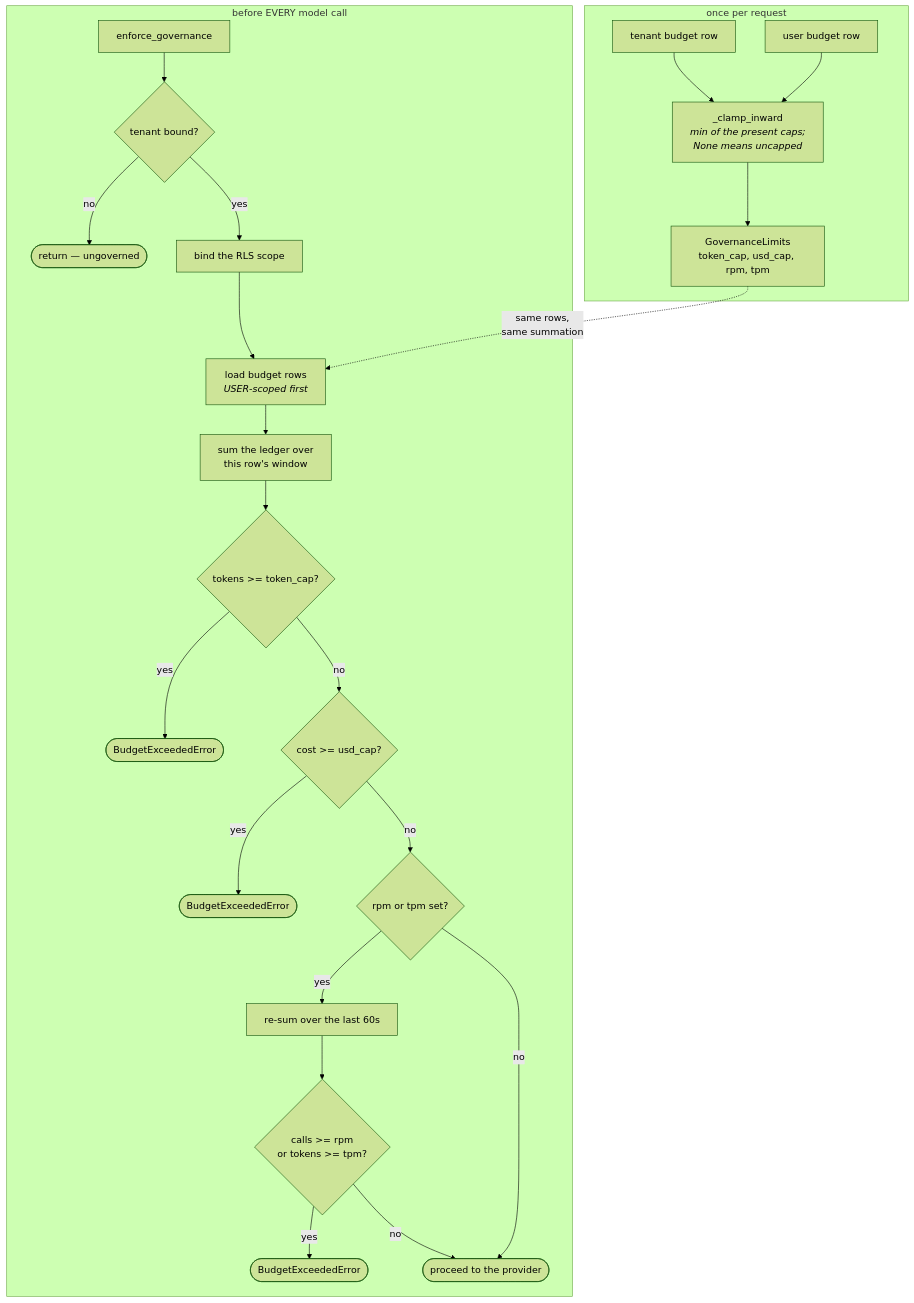
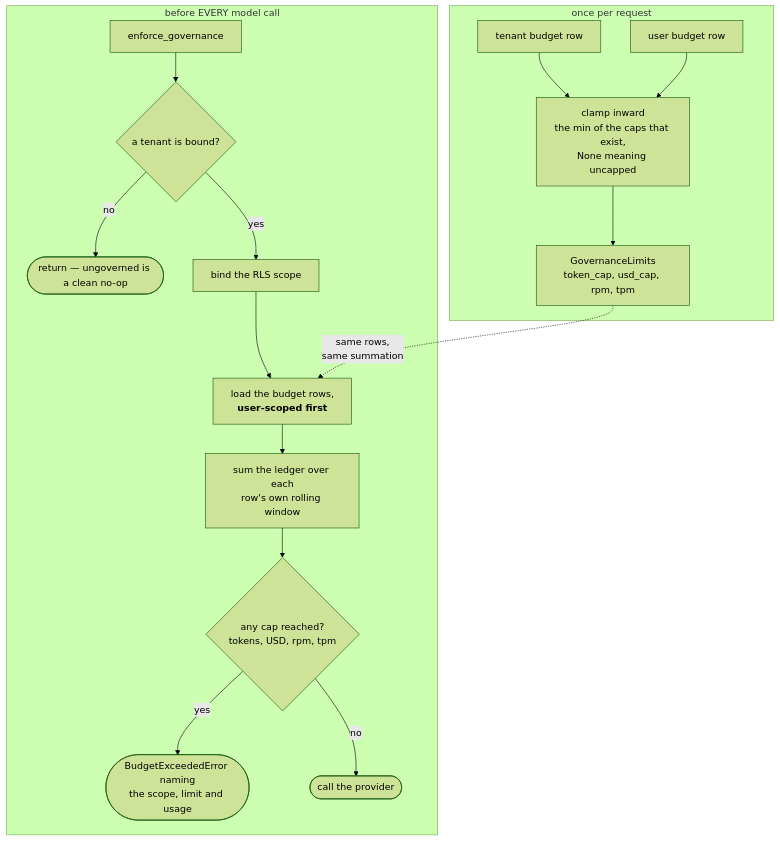
One commit to yrevash/aegis changed the fourth of 5 diagrams in docs/teaching/governance/40-diagrams.md. Above: the diagram before and after it, drawn with Mermaid (forest theme). The commit also changed other lines of this file and 111 other files, not shown here.

````diff
--- a/docs/teaching/governance/40-diagrams.md
+++ b/docs/teaching/governance/40-diagrams.md
@@ -166,28 +102,21 @@
 ```mermaid
 flowchart TB
     subgraph RESOLVE["once per request"]
-        TB["tenant budget row"] --> CL["_clamp_inward<br/><i>min of the present caps;<br/>None means uncapped</i>"]
+        TB["tenant budget row"] --> CL["clamp inward<br/>the min of the caps that exist,<br/>None meaning uncapped"]
         UB["user budget row"] --> CL
         CL --> LIM["GovernanceLimits<br/>token_cap, usd_cap, rpm, tpm"]
     end
 
     subgraph ENFORCE["before EVERY model call"]
-        E0["enforce_governance"] --> E1{"tenant bound?"}
-        E1 -->|no| NOOPE([return — ungoverned])
+        E0["enforce_governance"] --> E1{"a tenant is bound?"}
+        E1 -->|no| NOOPE(["return — ungoverned is a clean no-op"])
         E1 -->|yes| E2["bind the RLS scope"]
-        E2 --> E3["load budget rows<br/><i>USER-scoped first</i>"]
-        E3 --> E4["sum the ledger over<br/>this row's window"]
-        E4 --> C1{"tokens >= token_cap?"}
-        C1 -->|yes| X1([BudgetExceededError])
-        C1 -->|no| C2{"cost >= usd_cap?"}
-        C2 -->|yes| X2([BudgetExceededError])
-        C2 -->|no| C3{"rpm or tpm set?"}
-        C3 -->|yes| C4["re-sum over the last 60s"]
-        C4 --> C5{"calls >= rpm<br/>or tokens >= tpm?"}
-        C5 -->|yes| X3([BudgetExceededError])
-        C5 -->|no| PASS([proceed to the provider])
-        C3 -->|no| PASS
+        E2 --> E3["load the budget rows,<br/><b>user-scoped first</b>"]
+        E3 --> E4["sum the ledger over each<br/>row's own rolling window"]
+        E4 --> C1{"any cap reached?<br/>tokens, USD, rpm, tpm"}
+        C1 -->|yes| X1(["BudgetExceededError naming<br/>the scope, limit and usage"])
+        C1 -->|no| PASS(["call the provider"])
     end
 
     LIM -.->|"same rows,<br/>same summation"| E3
 ```
````
